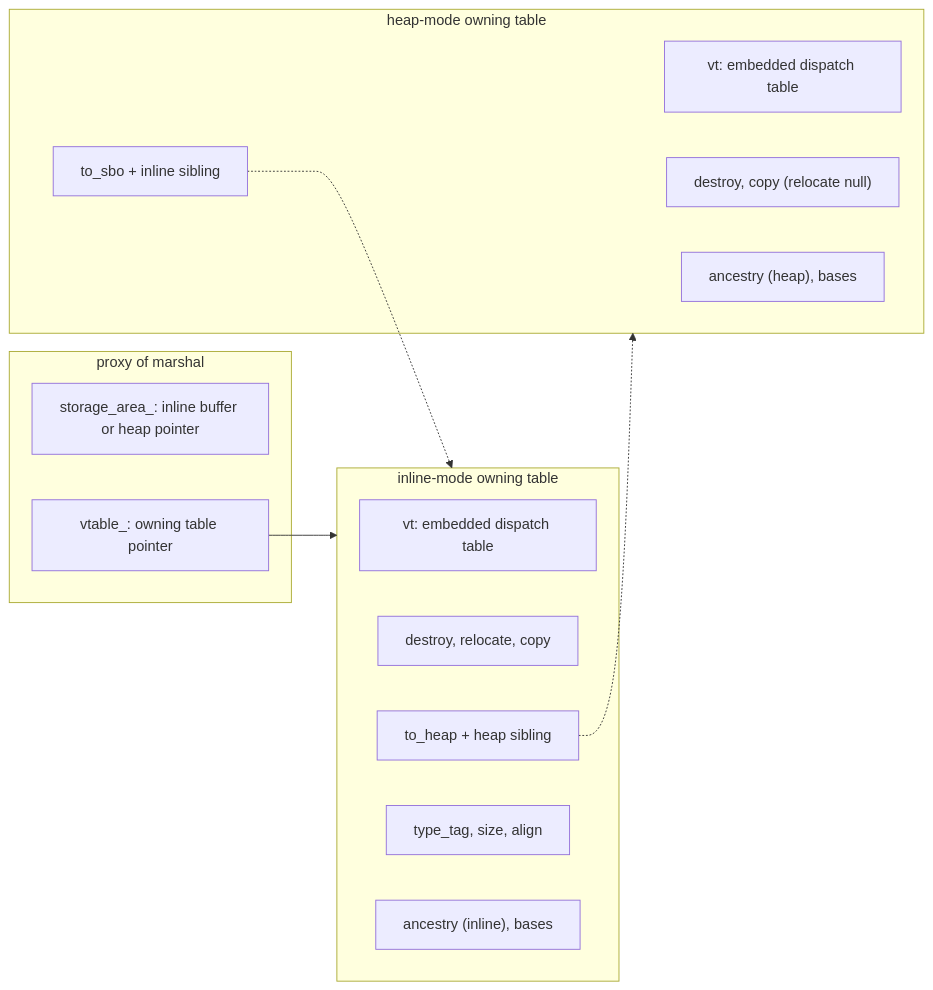
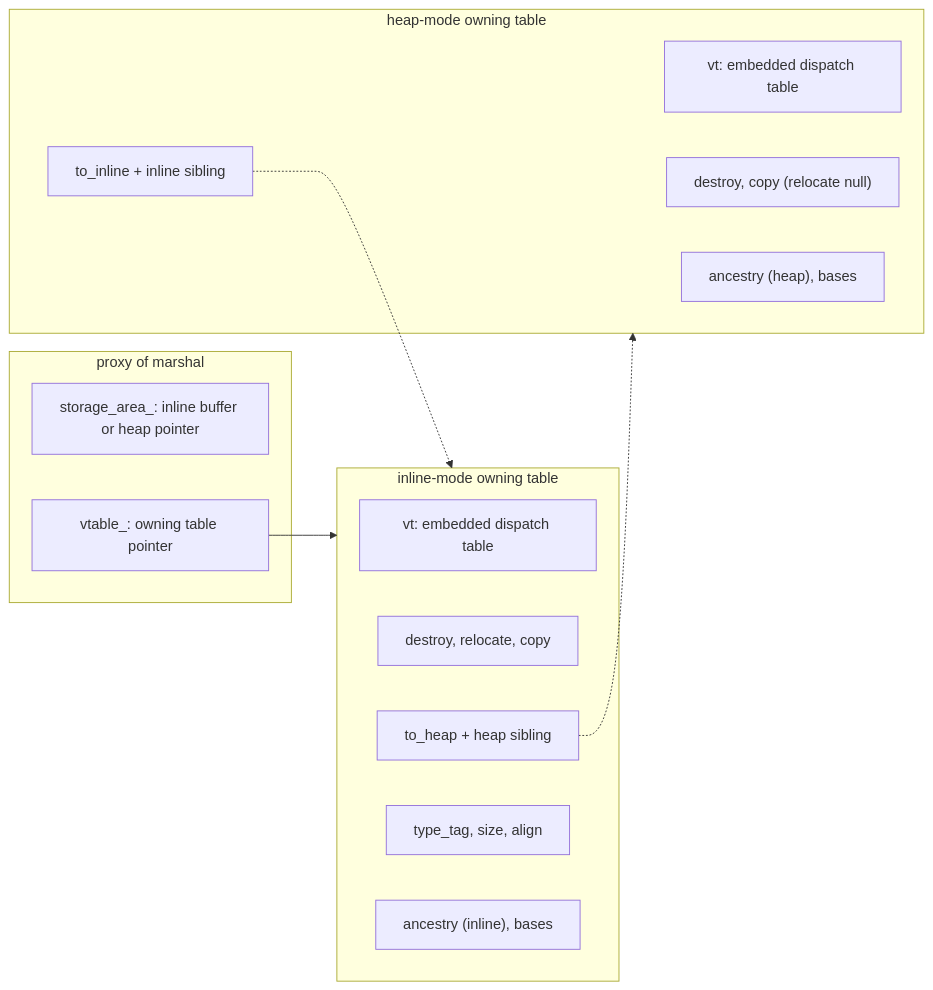
The sixth of 8 diagrams in corvid/meta/proxy.md (stevensudit/Corvid), drawn with Mermaid before and after one commit. The commit also changed other lines of this file and 3 other files, not shown here.

````diff
--- a/corvid/meta/proxy.md
+++ b/corvid/meta/proxy.md
@@ -1578,23 +1578,23 @@
 ```mermaid
 flowchart LR
     subgraph P["proxy of marshal"]
         SB["storage_area_: inline buffer or heap pointer"]
         VP2["vtable_: owning table pointer"]
     end
     subgraph OS["inline-mode owning table"]
         V1["vt: embedded dispatch table"]
         L1["destroy, relocate, copy"]
         X1["to_heap + heap sibling"]
         I1["type_tag, size, align"]
         N1["ancestry (inline), bases"]
     end
     subgraph OH["heap-mode owning table"]
         V2["vt: embedded dispatch table"]
         L2["destroy, copy (relocate null)"]
-        X2["to_sbo + inline sibling"]
+        X2["to_inline + inline sibling"]
         N2["ancestry (heap), bases"]
     end
     VP2 --> OS
     X1 -.-> OH
     X2 -.-> OS
 ```
````
